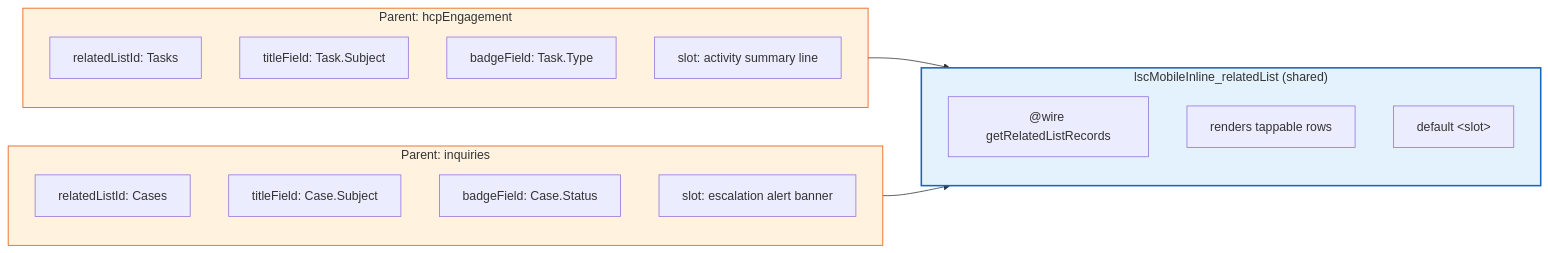
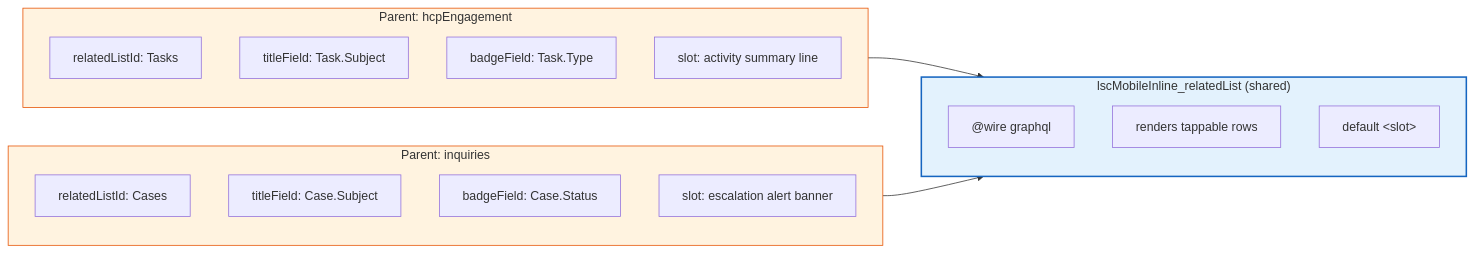
One commit to afls-ideas/lsc-mobile-inline-composable-lwc changed the fourth of 5 diagrams in README.md. Above: the diagram before and after it, drawn with Mermaid. The commit also changed other lines of this file and 17 other files, not shown here.

First line of the commit message:
Migrate related-list/timeline bricks to GraphQL wire adapter

````diff
--- a/README.md
+++ b/README.md
@@ -203,30 +210,30 @@
 ```mermaid
 graph LR
     subgraph Brick["lscMobileInline_relatedList (shared)"]
         direction TB
-        W["@wire getRelatedListRecords"]
+        W["@wire graphql"]
         R["renders tappable rows"]
         S["default &lt;slot&gt;"]
     end
 
     subgraph Eng["Parent: hcpEngagement"]
         E1["relatedListId: Tasks"]
         E2["titleField: Task.Subject"]
         E3["badgeField: Task.Type"]
         E4["slot: activity summary line"]
     end
 
     subgraph Inq["Parent: inquiries"]
         I1["relatedListId: Cases"]
         I2["titleField: Case.Subject"]
         I3["badgeField: Case.Status"]
         I4["slot: escalation alert banner"]
     end
 
     Eng --> Brick
     Inq --> Brick
 
     style Brick fill:#e3f2fd,stroke:#1565c0,stroke-width:2px
     style Eng fill:#fff3e0,stroke:#e65100
     style Inq fill:#fff3e0,stroke:#e65100
 ```
````
